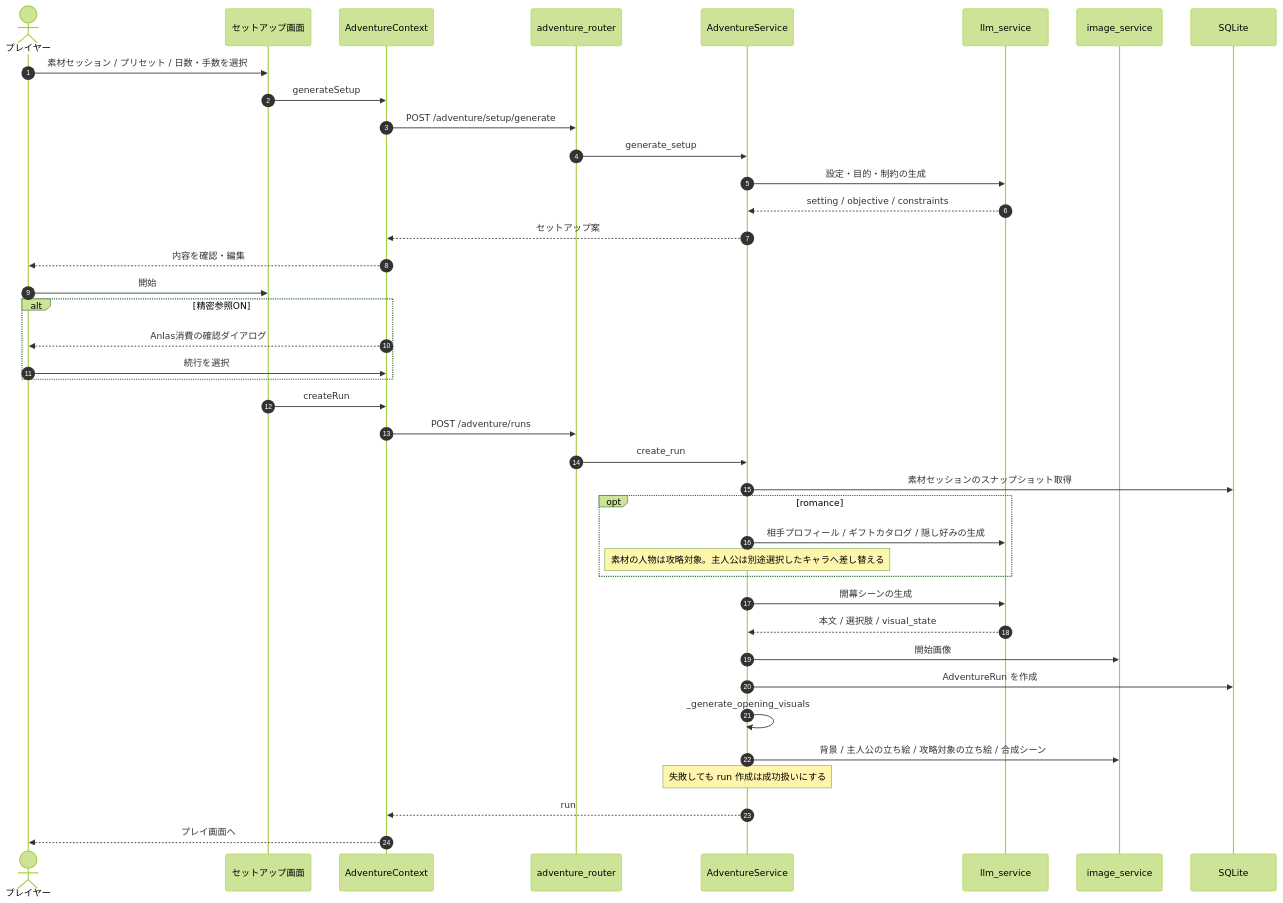
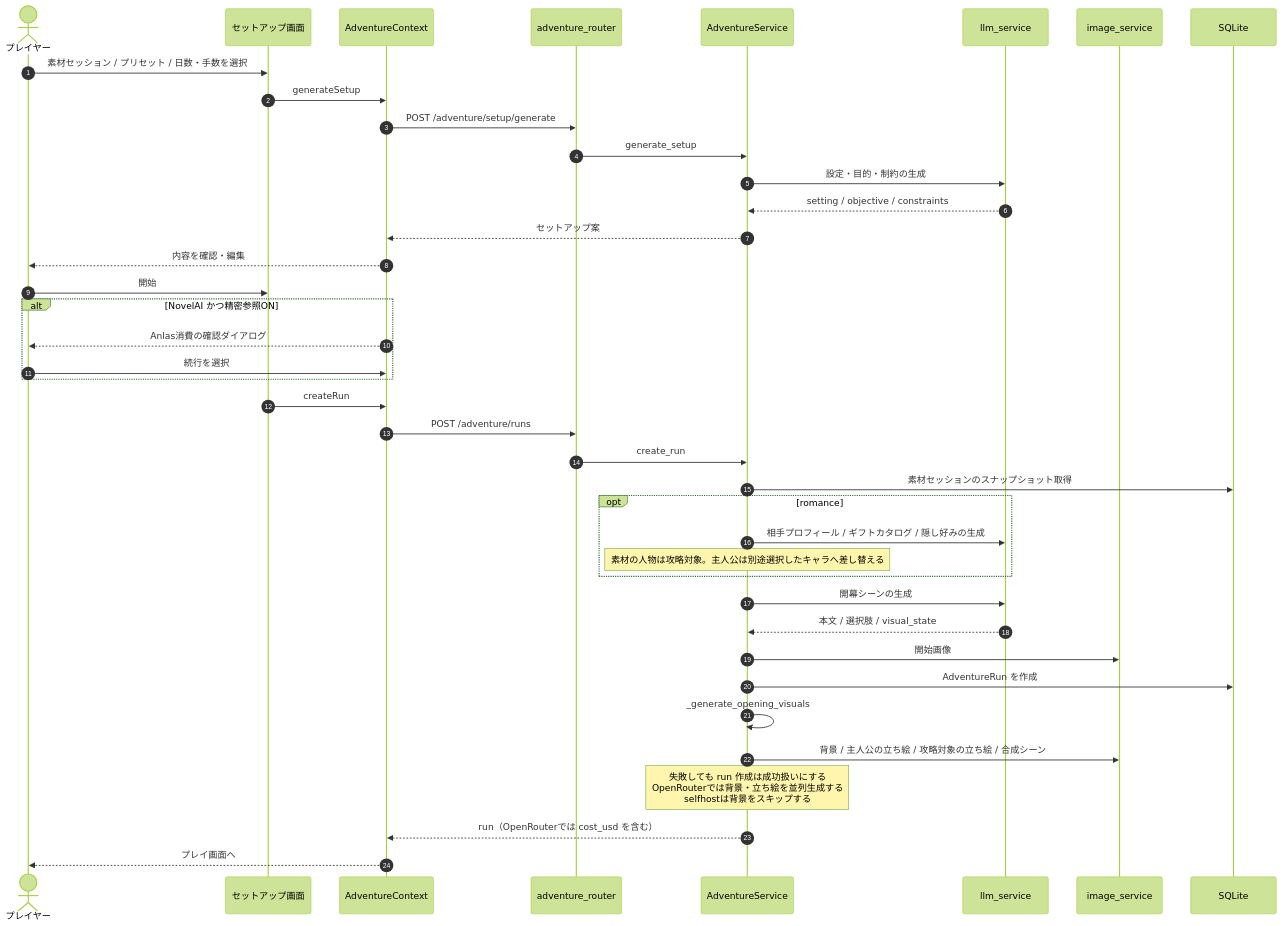
Before and after one commit to grind-hash/tsf_closet: the third of 5 diagrams in docs/adventure-flow.md, drawn with Mermaid (forest theme). The commit also changed other lines of this file and 14 other files, not shown here.

````diff
--- a/docs/adventure-flow.md
+++ b/docs/adventure-flow.md
@@ -163,44 +179,44 @@
 ```mermaid
 sequenceDiagram
     autonumber
     actor U as プレイヤー
     participant S as セットアップ画面
     participant C as AdventureContext
     participant R as adventure_router
     participant SV as AdventureService
     participant L as llm_service
     participant I as image_service
     participant DB as SQLite
 
     U->>S: 素材セッション / プリセット / 日数・手数を選択
     S->>C: generateSetup
     C->>R: POST /adventure/setup/generate
     R->>SV: generate_setup
     SV->>L: 設定・目的・制約の生成
     L-->>SV: setting / objective / constraints
     SV-->>C: セットアップ案
     C-->>U: 内容を確認・編集
 
     U->>S: 開始
-    alt 精密参照ON
+    alt NovelAI かつ精密参照ON
         C-->>U: Anlas消費の確認ダイアログ
         U->>C: 続行を選択
     end
     S->>C: createRun
     C->>R: POST /adventure/runs
     R->>SV: create_run
     SV->>DB: 素材セッションのスナップショット取得
     opt romance
         SV->>L: 相手プロフィール / ギフトカタログ / 隠し好みの生成
         Note over SV: 素材の人物は攻略対象。主人公は別途選択したキャラへ差し替える
     end
     SV->>L: 開幕シーンの生成
     L-->>SV: 本文 / 選択肢 / visual_state
     SV->>I: 開始画像
     SV->>DB: AdventureRun を作成
     SV->>SV: _generate_opening_visuals
     SV->>I: 背景 / 主人公の立ち絵 / 攻略対象の立ち絵 / 合成シーン
-    Note over SV: 失敗しても run 作成は成功扱いにする
-    SV-->>C: run
+    Note over SV: 失敗しても run 作成は成功扱いにする<br/>OpenRouterでは背景・立ち絵を並列生成する<br/>selfhostは背景をスキップする
+    SV-->>C: run（OpenRouterでは cost_usd を含む）
     C-->>U: プレイ画面へ
 ```
````
